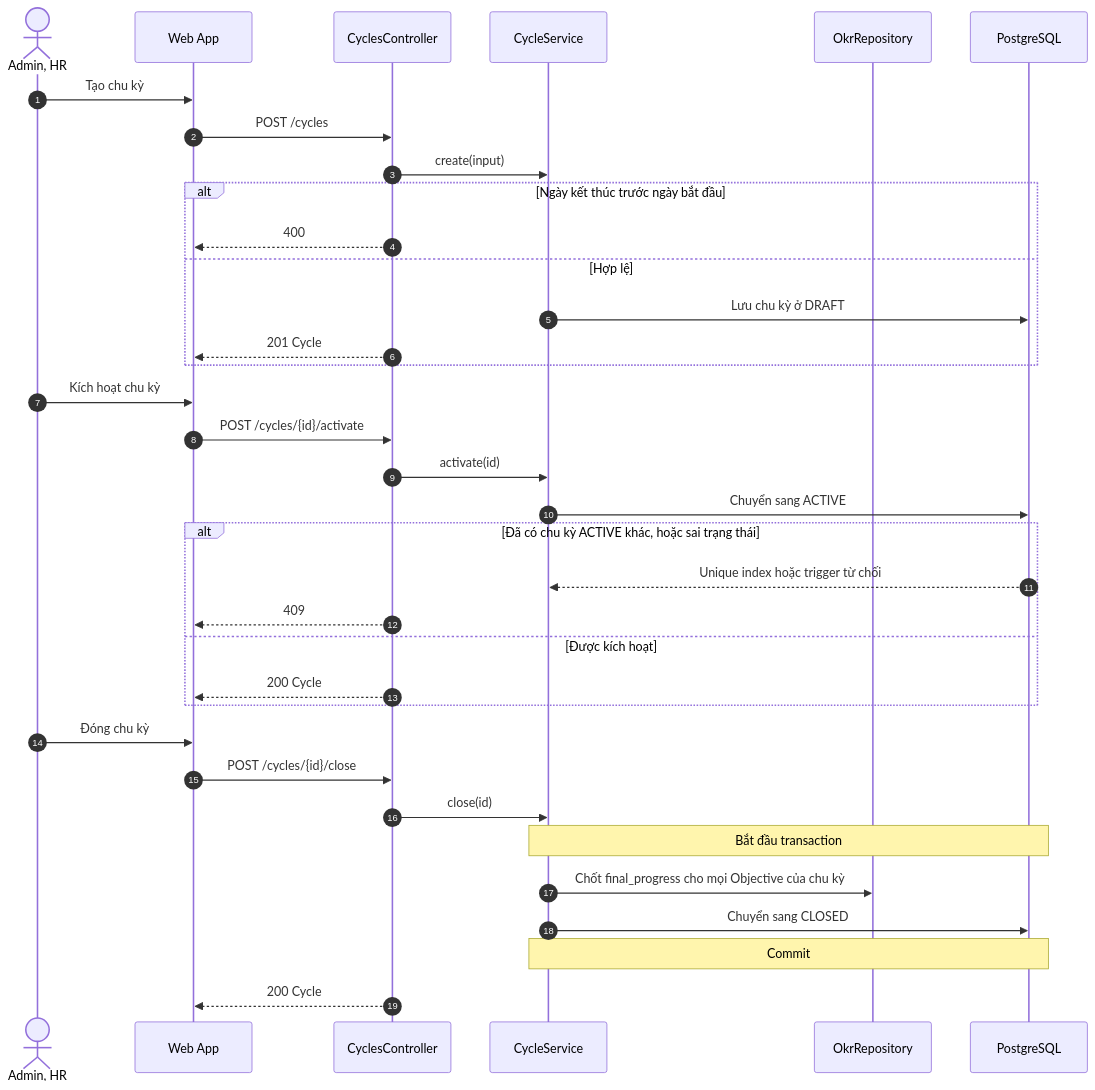
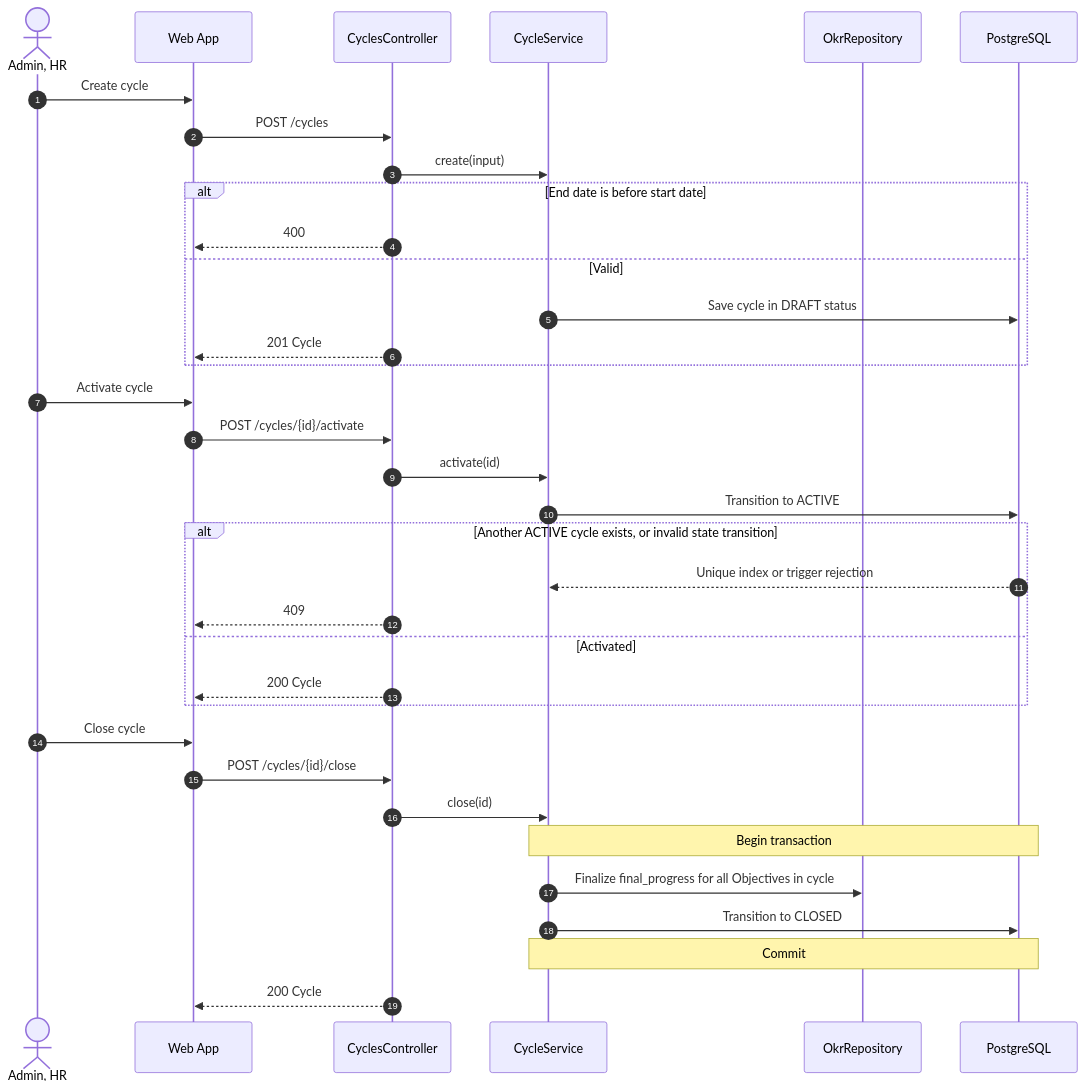
One commit to Akaza-ban/OCK-360 changed the sixth of 32 diagrams in docs/architecture/sequence-diagrams.md. Above: the diagram before and after it, drawn with Mermaid. The commit also changed other lines of this file and 24 other files, not shown here.

````diff
--- a/docs/architecture/sequence-diagrams.md
+++ b/docs/architecture/sequence-diagrams.md
@@ -227,38 +227,38 @@
 ```mermaid
 sequenceDiagram
     autonumber
     actor A as Admin, HR
     participant W as Web App
     participant C as CyclesController
     participant S as CycleService
     participant R as OkrRepository
     participant DB as PostgreSQL
 
-    A->>W: Tạo chu kỳ
+    A->>W: Create cycle
     W->>C: POST /cycles
     C->>S: create(input)
-    alt Ngày kết thúc trước ngày bắt đầu
+    alt End date is before start date
         C-->>W: 400
-    else Hợp lệ
-        S->>DB: Lưu chu kỳ ở DRAFT
+    else Valid
+        S->>DB: Save cycle in DRAFT status
         C-->>W: 201 Cycle
     end
-    A->>W: Kích hoạt chu kỳ
+    A->>W: Activate cycle
     W->>C: POST /cycles/{id}/activate
     C->>S: activate(id)
-    S->>DB: Chuyển sang ACTIVE
-    alt Đã có chu kỳ ACTIVE khác, hoặc sai trạng thái
-        DB-->>S: Unique index hoặc trigger từ chối
+    S->>DB: Transition to ACTIVE
+    alt Another ACTIVE cycle exists, or invalid state transition
+        DB-->>S: Unique index or trigger rejection
         C-->>W: 409
-    else Được kích hoạt
+    else Activated
         C-->>W: 200 Cycle
     end
-    A->>W: Đóng chu kỳ
+    A->>W: Close cycle
     W->>C: POST /cycles/{id}/close
     C->>S: close(id)
-    Note over S,DB: Bắt đầu transaction
-    S->>R: Chốt final_progress cho mọi Objective của chu kỳ
-    S->>DB: Chuyển sang CLOSED
+    Note over S,DB: Begin transaction
+    S->>R: Finalize final_progress for all Objectives in cycle
+    S->>DB: Transition to CLOSED
     Note over S,DB: Commit
     C-->>W: 200 Cycle
 ```
````
